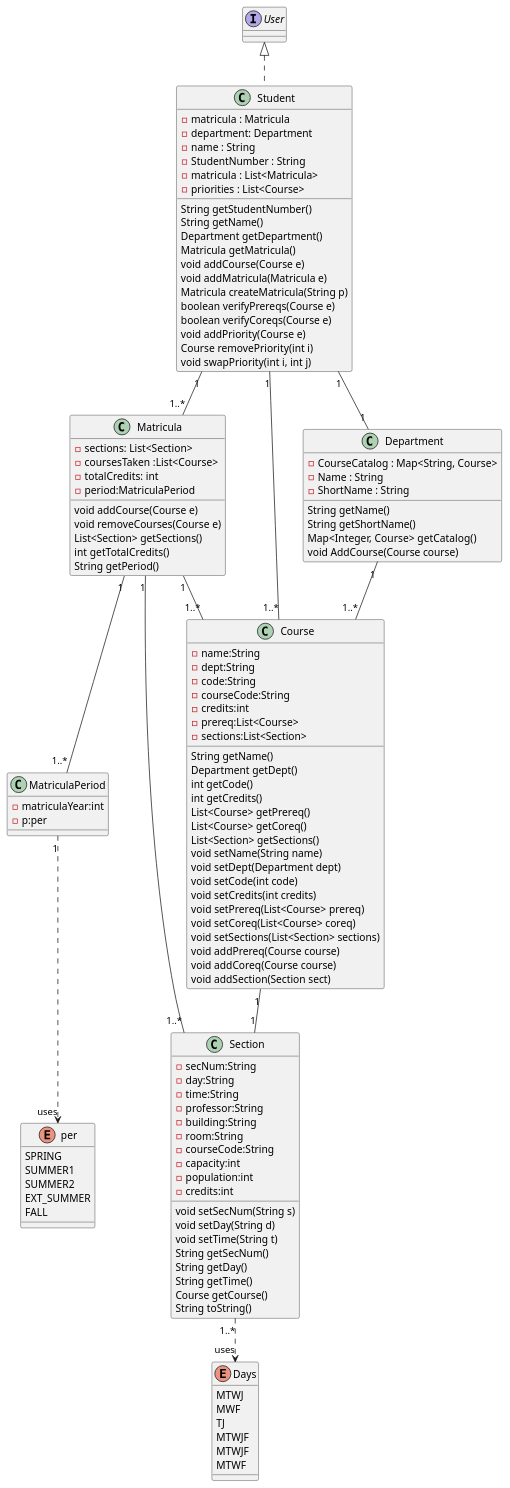
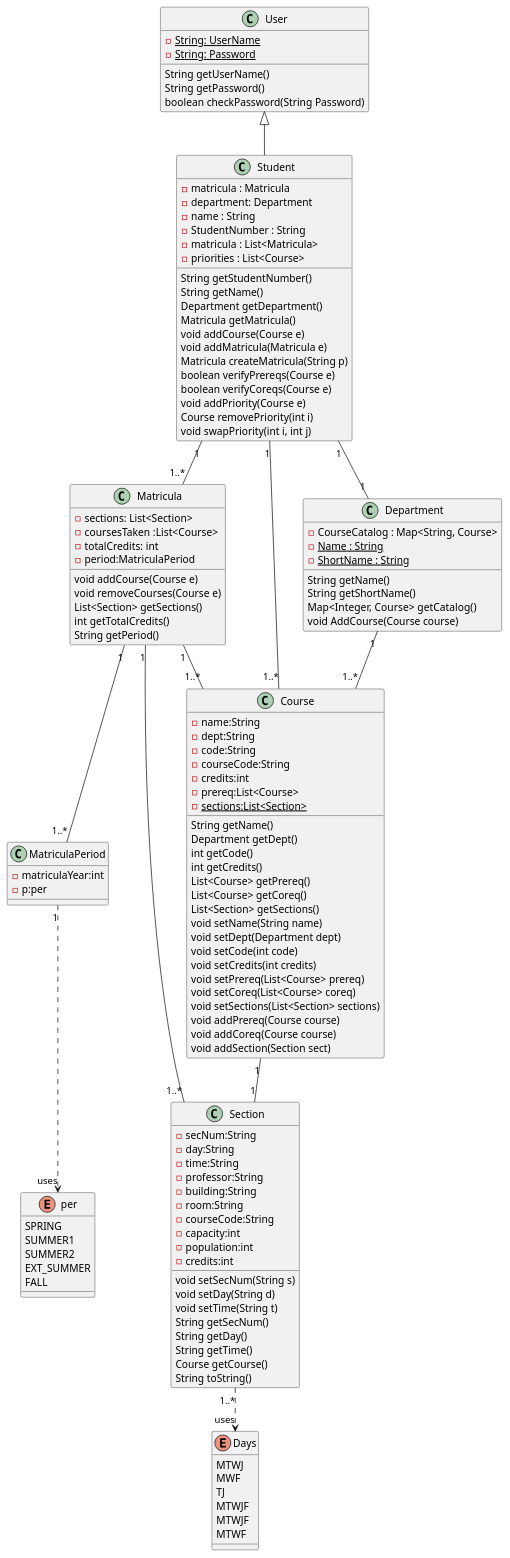
The diagram in front-end/src/classDiagram.puml (uprm-inso-4101-2020-2021-S1/semester-project-almond-software-llc), drawn with PlantUML before and after one commit. The commit also changed 1 other file, not shown here.

Commit message:
fixed error on diagram

```diff
--- a/front-end/src/classDiagram.puml
+++ b/front-end/src/classDiagram.puml
@@ -1,121 +1,129 @@
 @startuml classDiagram
 MatriculaPeriod "1" -[dashed]-> "uses" per
 Section "1..*" -[dashed]-> "uses" Days
 Student "1" -- "1..*" Matricula 
 Student "1" -- "1..*" Course
 Student "1" -- "1" Department
 Department "1" -- "1..*" Course
 Matricula "1" -- "1..*" Section
 Matricula "1" -- "1..*" Course
 Course "1" -- "1" Section
 Matricula "1" -- "1..*" MatriculaPeriod
 
-Class Student implements User{
+class User{
+    -{static}String: UserName
+    -{static}String: Password
+    String getUserName()
+    String getPassword()
+    boolean checkPassword(String Password)
+
+}
+Class Student extends User{
     -matricula : Matricula
     -department: Department
     -name : String
     -StudentNumber : String
     -matricula : List<Matricula>
     -priorities : List<Course>
     String getStudentNumber()
     String getName()
     Department getDepartment()
     Matricula getMatricula()
     void addCourse(Course e)
     void addMatricula(Matricula e)
     Matricula createMatricula(String p)
     boolean verifyPrereqs(Course e)
     boolean verifyCoreqs(Course e)
     void addPriority(Course e)
     Course removePriority(int i)
     void swapPriority(int i, int j)
 }
 Class Department {
     -CourseCatalog : Map<String, Course>
-    -Name : String
-    -ShortName : String
+    -{static}Name : String
+    -{static}ShortName : String
     String getName()
     String getShortName()
     Map<Integer, Course> getCatalog()
     void AddCourse(Course course)
 
 }
 Class Matricula{
     -sections: List<Section>
     -coursesTaken :List<Course>
     -totalCredits: int
     -period:MatriculaPeriod
     void addCourse(Course e)
     void removeCourses(Course e)
     List<Section> getSections()
     int getTotalCredits()
     String getPeriod()
     
 }
 class MatriculaPeriod{
     -matriculaYear:int
     -p:per
 }
 enum per{
     SPRING 
     SUMMER1
     SUMMER2
     EXT_SUMMER
     FALL
 }
 Class Course{
     -name:String
     -dept:String
     -code:String
     -courseCode:String
     -credits:int
     -prereq:List<Course>
-    -sections:List<Section>
+    -{static}sections:List<Section>
     String getName()
     Department getDept()
     int getCode()
     int getCredits()
     List<Course> getPrereq()
     List<Course> getCoreq()
     List<Section> getSections()
     void setName(String name)
     void setDept(Department dept)
     void setCode(int code)
     void setCredits(int credits)
     void setPrereq(List<Course> prereq)
     void setCoreq(List<Course> coreq)
     void setSections(List<Section> sections)
     void addPrereq(Course course)
     void addCoreq(Course course)
     void addSection(Section sect)
 }
 Class Section{
     -secNum:String
     -day:String
     -time:String
     -professor:String
     -building:String
     -room:String
     -courseCode:String
     -capacity:int
     -population:int
     -credits:int
     void setSecNum(String s)
     void setDay(String d)
     void setTime(String t)
     String getSecNum()
     String getDay()
     String getTime()
     Course getCourse()
     String toString()
 }
 enum Days{
     MTWJ
     MWF
     TJ
     MTWJF
     MTWJF
     MTWF
 
 }
 @enduml
```
